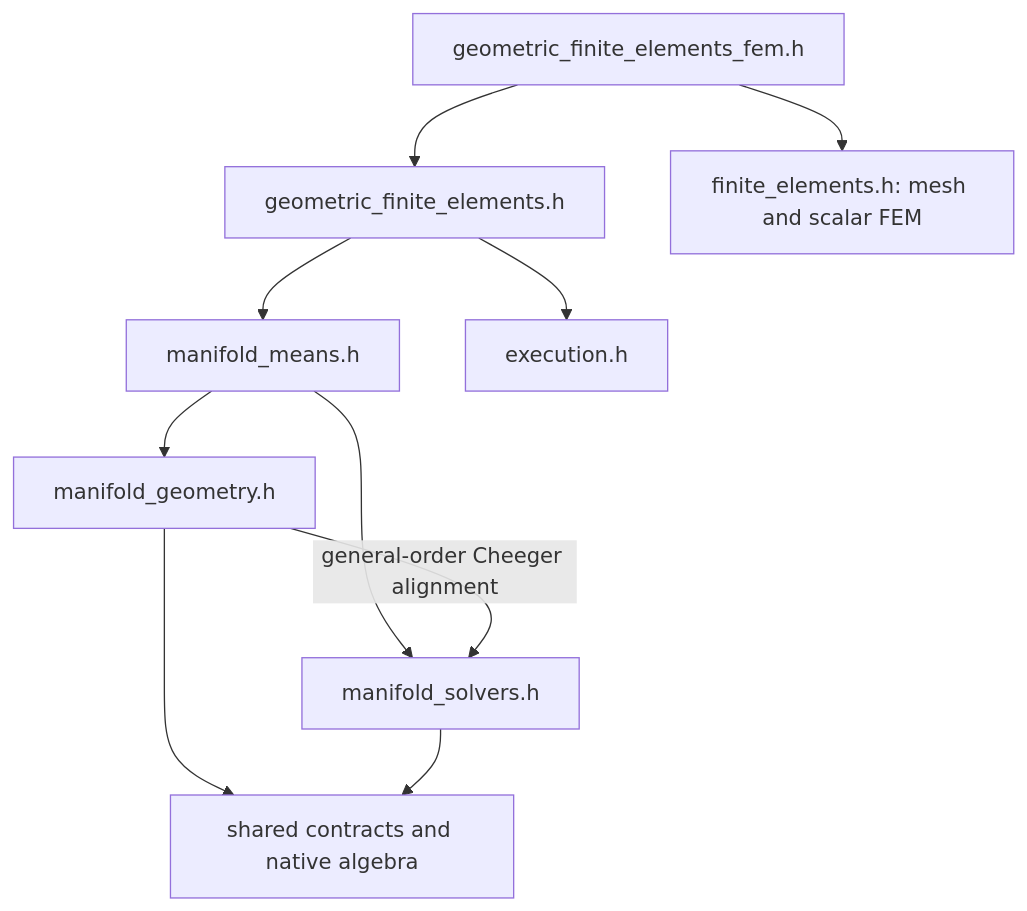
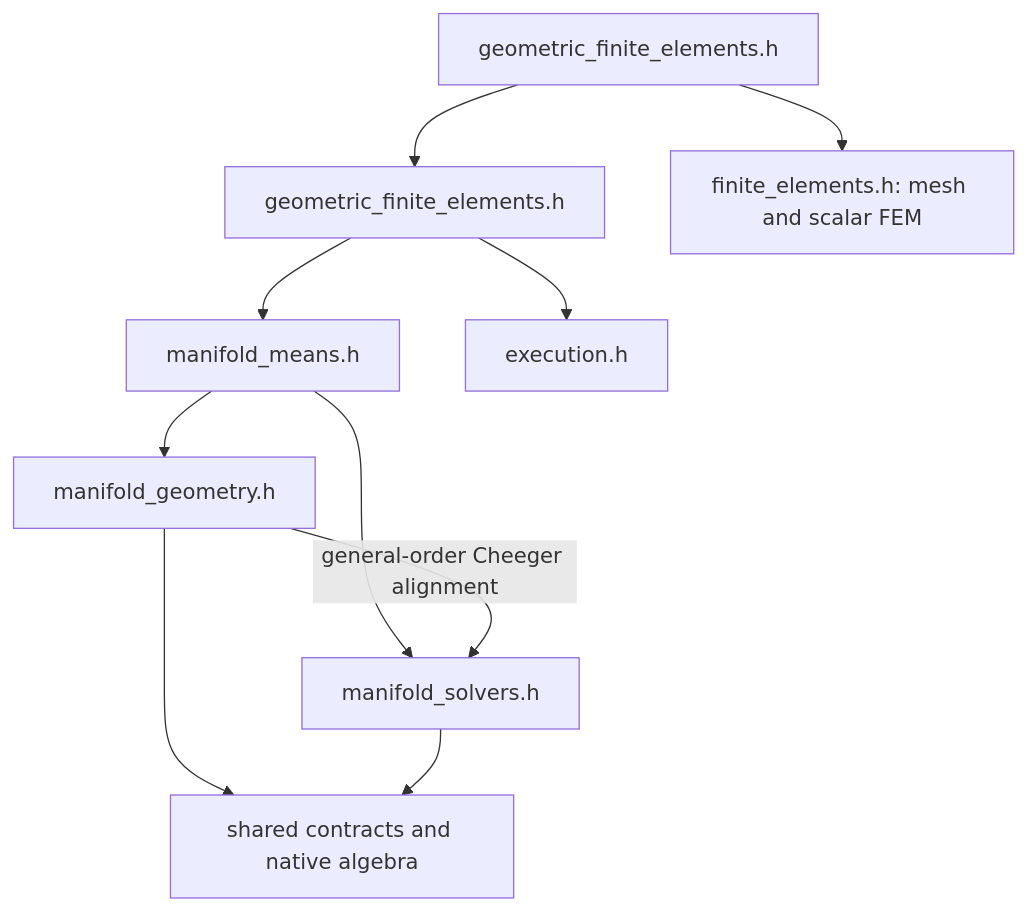
Before and after one commit to fdaPDE/fdaPDE-core: the diagram in docs/manifold-modules.md, drawn with Mermaid. The commit also changed other lines of this file and 43 other files, not shown here.

````diff
--- a/docs/manifold-modules.md
+++ b/docs/manifold-modules.md
@@ -56,12 +56,12 @@
 ```mermaid
 flowchart TD
-    A[geometric_finite_elements_fem.h] --> F[geometric_finite_elements.h]
+    A[geometric_finite_elements.h] --> F[geometric_finite_elements.h]
     A --> E[finite_elements.h: mesh and scalar FEM]
     F --> M[manifold_means.h]
     F --> X[execution.h]
     M --> G[manifold_geometry.h]
     M --> S[manifold_solvers.h]
     G -->|general-order Cheeger alignment| S
     G --> C[shared contracts and native algebra]
     S --> C
 ```
````
